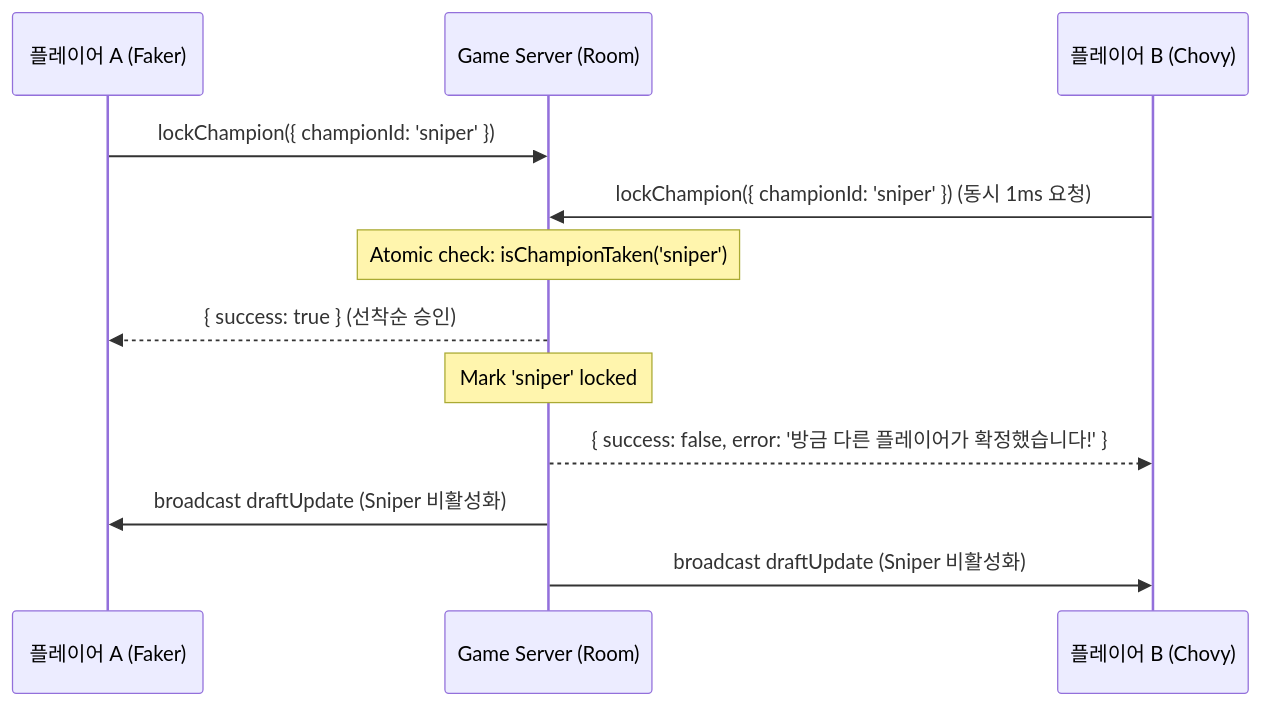
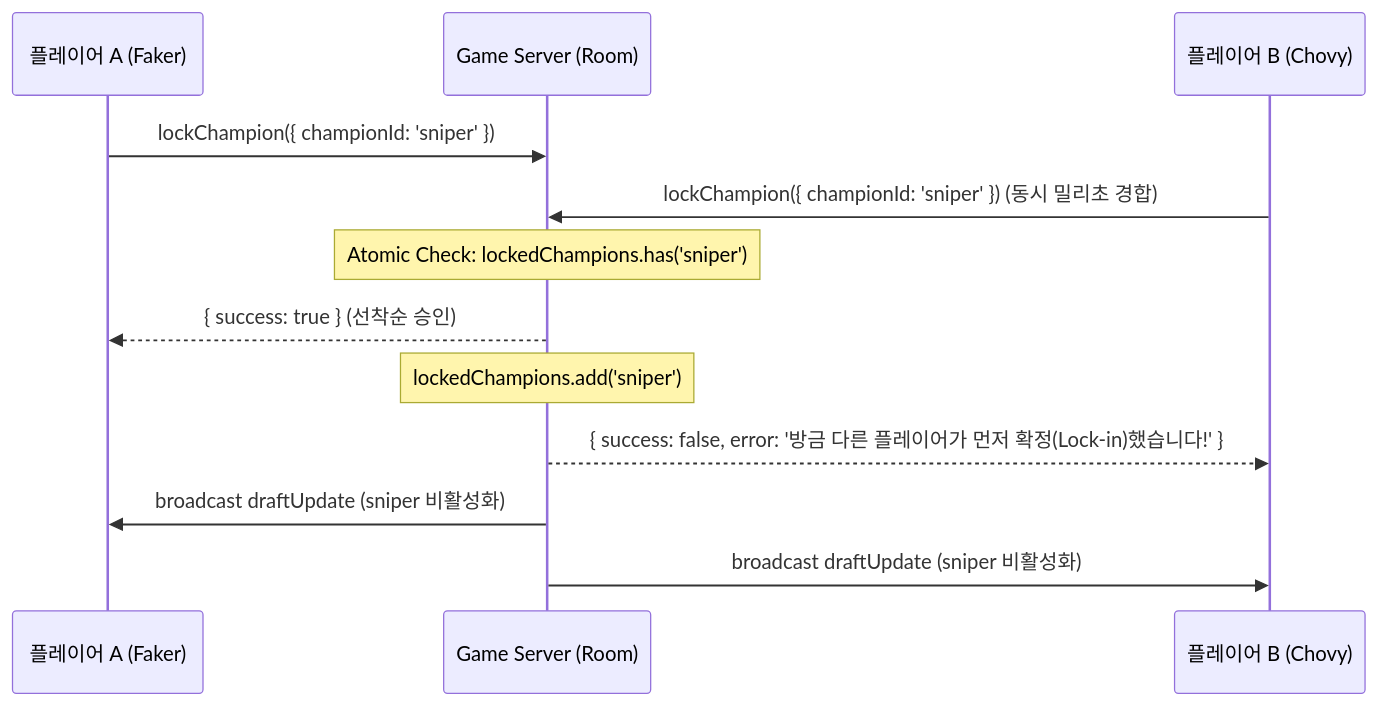
Before and after one commit to iamywl/Web_game: the second of 2 diagrams in docs/ARCHITECTURE.md, drawn with Mermaid. The commit also changed other lines of this file and 543 other files, not shown here.

````diff
--- a/docs/ARCHITECTURE.md
+++ b/docs/ARCHITECTURE.md
@@ -66,17 +86,17 @@
 ```mermaid
 sequenceDiagram
     participant PlayerA as 플레이어 A (Faker)
     participant Server as Game Server (Room)
     participant PlayerB as 플레이어 B (Chovy)
 
     PlayerA->>Server: lockChampion({ championId: 'sniper' })
-    PlayerB->>Server: lockChampion({ championId: 'sniper' }) (동시 1ms 요청)
+    PlayerB->>Server: lockChampion({ championId: 'sniper' }) (동시 밀리초 경합)
 
-    Note over Server: Atomic check: isChampionTaken('sniper')
+    Note over Server: Atomic Check: lockedChampions.has('sniper')
     Server-->>PlayerA: { success: true } (선착순 승인)
-    Note over Server: Mark 'sniper' locked
-    Server-->>PlayerB: { success: false, error: '방금 다른 플레이어가 확정했습니다!' }
+    Note over Server: lockedChampions.add('sniper')
+    Server-->>PlayerB: { success: false, error: '방금 다른 플레이어가 먼저 확정(Lock-in)했습니다!' }
 
-    Server->>PlayerA: broadcast draftUpdate (Sniper 비활성화)
-    Server->>PlayerB: broadcast draftUpdate (Sniper 비활성화)
+    Server->>PlayerA: broadcast draftUpdate (sniper 비활성화)
+    Server->>PlayerB: broadcast draftUpdate (sniper 비활성화)
 ```
````
